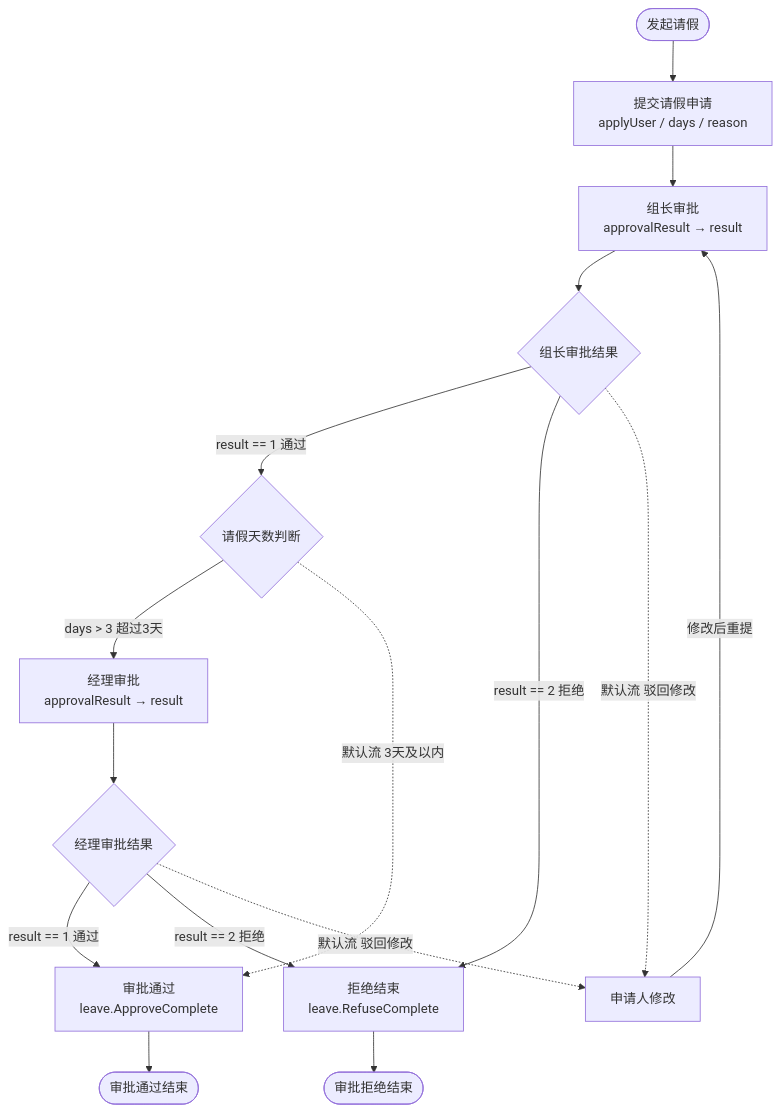
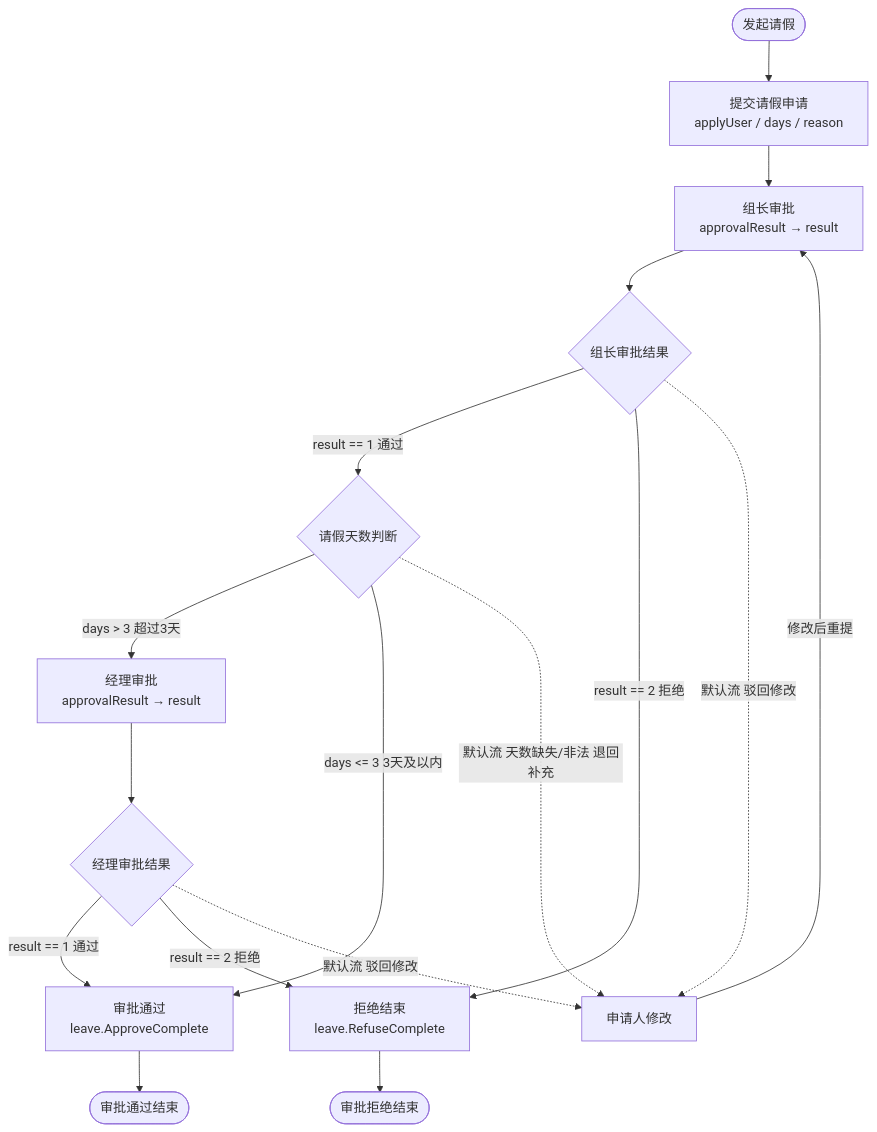
The diagram in docs/process-design-guide.md (ifengdongd/netBpm), drawn with Mermaid before and after one commit. The commit also changed other lines of this file and 138 other files, not shown here.

````diff
--- a/docs/process-design-guide.md
+++ b/docs/process-design-guide.md
@@ -37,23 +38,24 @@
 ```mermaid
 flowchart TD
     start([发起请假]) --> apply[提交请假申请<br/>applyUser / days / reason]
     apply --> leader[组长审批<br/>approvalResult → result]
     leader --> gwLeader{组长审批结果}
 
     gwLeader -->|"result == 1 通过"| gwDays{请假天数判断}
     gwLeader -->|"result == 2 拒绝"| refuse[拒绝结束<br/>leave.RefuseComplete]
     gwLeader -.->|"默认流 驳回修改"| modify[申请人修改]
 
     modify -->|修改后重提| leader
 
     gwDays -->|"days > 3 超过3天"| manager[经理审批<br/>approvalResult → result]
-    gwDays -.->|"默认流 3天及以内"| approve[审批通过<br/>leave.ApproveComplete]
+    gwDays -->|"days <= 3 3天及以内"| approve[审批通过<br/>leave.ApproveComplete]
+    gwDays -.->|"默认流 天数缺失/非法 退回补充"| modify
 
     manager --> gwManager{经理审批结果}
     gwManager -->|"result == 1 通过"| approve
     gwManager -->|"result == 2 拒绝"| refuse
     gwManager -.->|"默认流 驳回修改"| modify
 
     approve --> endApproved([审批通过结束])
     refuse --> endRefused([审批拒绝结束])
 ```
````
